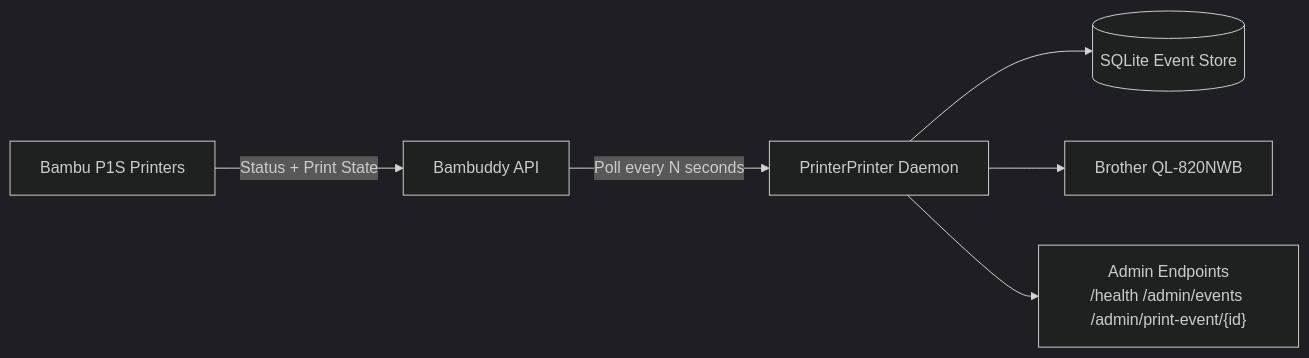
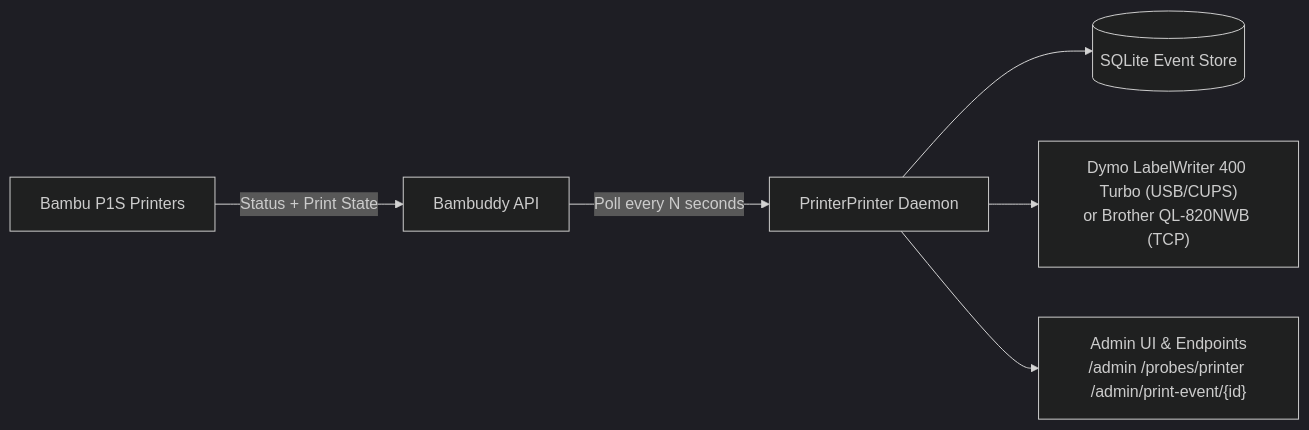
One commit to FirstBuild/PrinterPrinter changed the diagram in README.md. Above: the diagram before and after it, drawn with Mermaid (dark theme). The commit also changed other lines of this file and 11 other files, not shown here.

Commit message:
Add Dymo LabelWriter 400 Turbo USB support and compact 30336 label layout

````diff
--- a/README.md
+++ b/README.md
@@ -7,8 +7,8 @@
 ```mermaid
 flowchart LR
 	A["Bambu P1S Printers"] -->|"Status + Print State"| B["Bambuddy API"]
 	B -->|"Poll every N seconds"| C["PrinterPrinter Daemon"]
 	C --> D[("SQLite Event Store")]
-	C --> E["Brother QL-820NWB"]
-	C --> F["Admin Endpoints\n/health /admin/events /admin/print-event/{id}"]
+	C --> E["Dymo LabelWriter 400 Turbo (USB/CUPS)\nor Brother QL-820NWB (TCP)"]
+	C --> F["Admin UI & Endpoints\n/admin /probes/printer /admin/print-event/{id}"]
 ```
````
